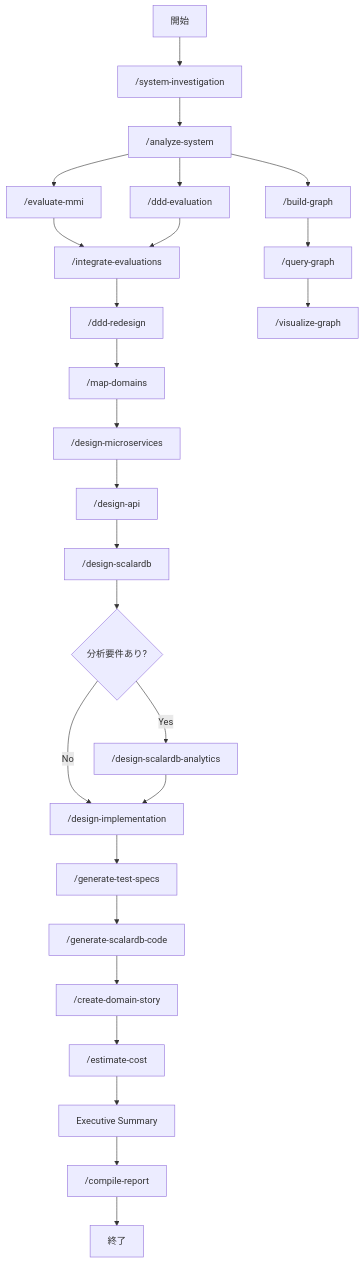
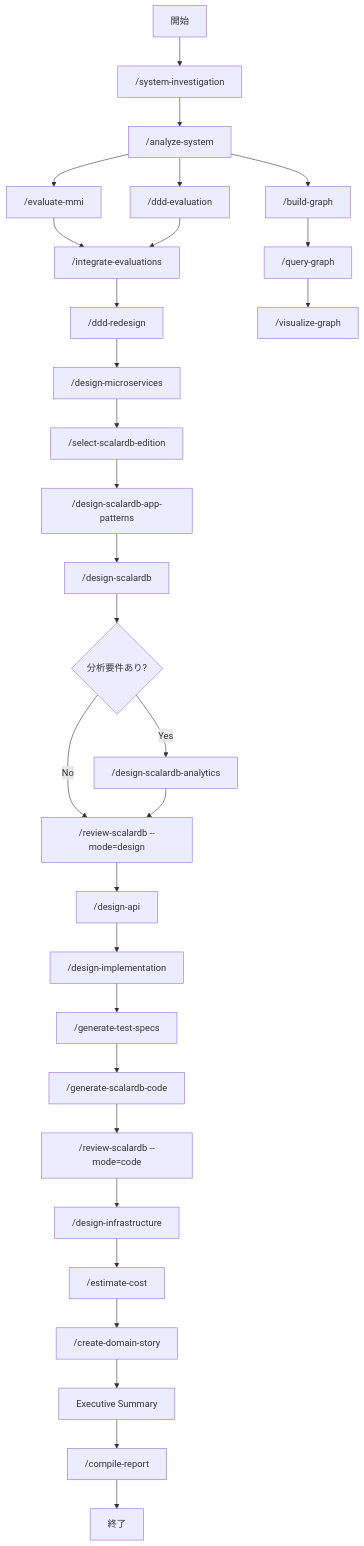
The first of 3 diagrams in README.md (wfukatsu/rearchitect-agent), drawn with Mermaid before and after one commit. The commit also changed other lines of this file and 7 other files, not shown here.

First line of the commit message:
Add design-infrastructure skill (Phase 8.7) and update cross-references

````diff
--- a/README.md
+++ b/README.md
@@ -394,29 +408,33 @@
 ```mermaid
 graph TD
     A["開始"] --> P0["/system-investigation"]
     P0 --> P1["/analyze-system"]
     P1 --> P2a["/evaluate-mmi"]
     P1 --> P2b["/ddd-evaluation"]
     P2a --> P2c["/integrate-evaluations"]
     P2b --> P2c
     P2c --> P3["/ddd-redesign"]
-    P3 --> P4["/map-domains"]
-    P4 --> P5["/design-microservices"]
-    P5 --> P5a["/design-api"]
-    P5a --> P5b["/design-scalardb"]
-    P5b --> P5c{"分析要件あり?"}
-    P5c -->|Yes| P5d["/design-scalardb-analytics"]
-    P5c -->|No| P6
-    P5d --> P6["/design-implementation"]
+    P3 --> P4["/design-microservices"]
+    P4 --> P47["/select-scalardb-edition"]
+    P47 --> P48["/design-scalardb-app-patterns"]
+    P48 --> P5["/design-scalardb"]
+    P5 --> P5c{"分析要件あり?"}
+    P5c -->|"Yes"| P55["/design-scalardb-analytics"]
+    P5c -->|"No"| P59
+    P55 --> P59["/review-scalardb --mode=design"]
+    P59 --> P595["/design-api"]
+    P595 --> P6["/design-implementation"]
     P6 --> P7["/generate-test-specs"]
     P7 --> P8["/generate-scalardb-code"]
-    P8 --> P9["/create-domain-story"]
-    P9 --> P10["/estimate-cost"]
+    P8 --> P85["/review-scalardb --mode=code"]
+    P85 --> P87["/design-infrastructure"]
+    P87 --> P9["/estimate-cost"]
+    P9 --> P10["/create-domain-story"]
     P10 --> P11["Executive Summary"]
     P11 --> P12["/compile-report"]
     P12 --> P13["終了"]
 
     P1 --> G1["/build-graph"]
     G1 --> G2["/query-graph"]
     G2 --> G3["/visualize-graph"]
 ```
````
